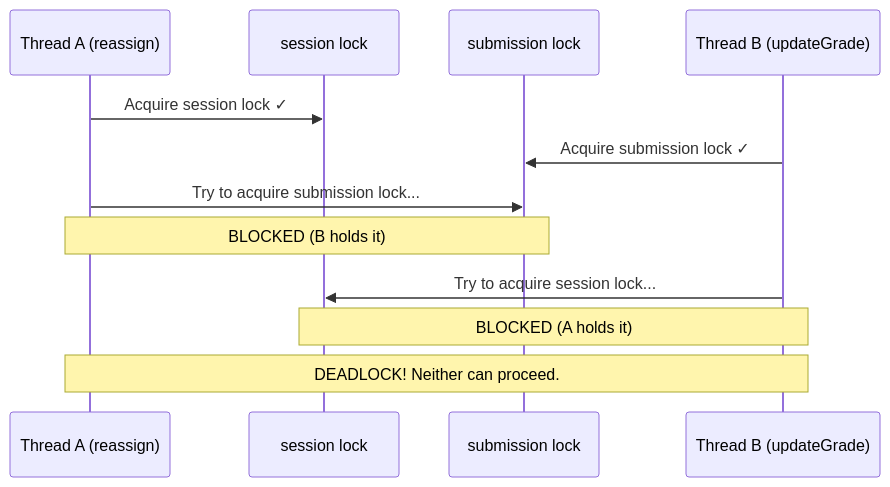
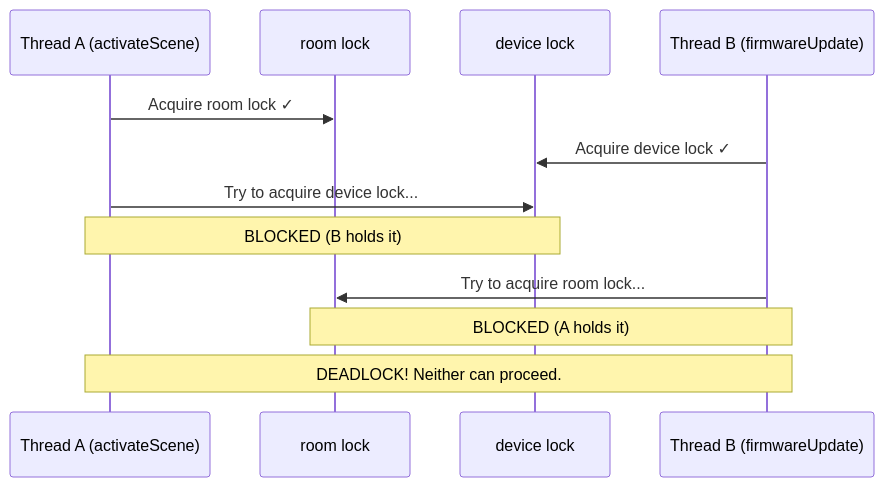
Before and after one commit to TuringProblem/cs3100-public-resources: the third of 3 diagrams in lecture-notes/l31-concurrency1.md, drawn with Mermaid. The commit also changed other lines of this file and 2 other files, not shown here.

````diff
--- a/lecture-notes/l31-concurrency1.md
+++ b/lecture-notes/l31-concurrency1.md
@@ -507,15 +509,15 @@
 ```mermaid
 sequenceDiagram
-    participant A as Thread A (reassign)
-    participant S as session lock
-    participant U as submission lock
-    participant B as Thread B (updateGrade)
-    
-    A->>S: Acquire session lock ✓
-    B->>U: Acquire submission lock ✓
-    A->>U: Try to acquire submission lock...
-    Note over A,U: BLOCKED (B holds it)
-    B->>S: Try to acquire session lock...
-    Note over B,S: BLOCKED (A holds it)
+    participant A as Thread A (activateScene)
+    participant R as room lock
+    participant D as device lock
+    participant B as Thread B (firmwareUpdate)
+
+    A->>R: Acquire room lock ✓
+    B->>D: Acquire device lock ✓
+    A->>D: Try to acquire device lock...
+    Note over A,D: BLOCKED (B holds it)
+    B->>R: Try to acquire room lock...
+    Note over B,R: BLOCKED (A holds it)
     Note over A,B: DEADLOCK! Neither can proceed.
 ```
````
